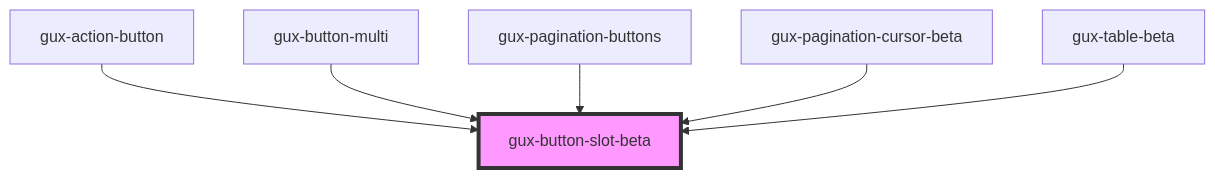
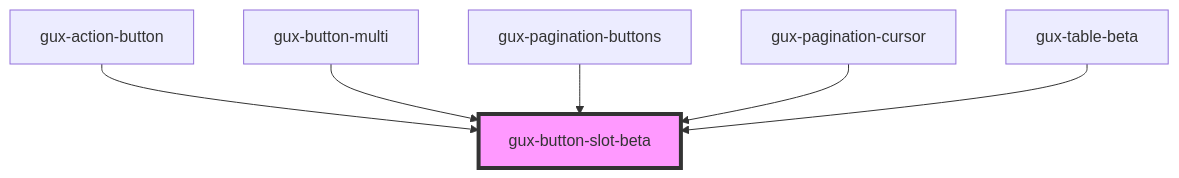
Before and after one commit to MyPureCloud/genesys-spark: the diagram in src/components/beta/gux-button-slot/readme.md, drawn with Mermaid. The commit also changed other lines of this file and 36 other files, not shown here.

First line of the commit message:
feat(pagination-cursor): moved to stable

````diff
--- a/src/components/beta/gux-button-slot/readme.md
+++ b/src/components/beta/gux-button-slot/readme.md
@@ -30,9 +30,9 @@
 ```mermaid
 graph TD;
   gux-action-button --> gux-button-slot-beta
   gux-button-multi --> gux-button-slot-beta
   gux-pagination-buttons --> gux-button-slot-beta
-  gux-pagination-cursor-beta --> gux-button-slot-beta
+  gux-pagination-cursor --> gux-button-slot-beta
   gux-table-beta --> gux-button-slot-beta
   style gux-button-slot-beta fill:#f9f,stroke:#333,stroke-width:4px
 ```
````
